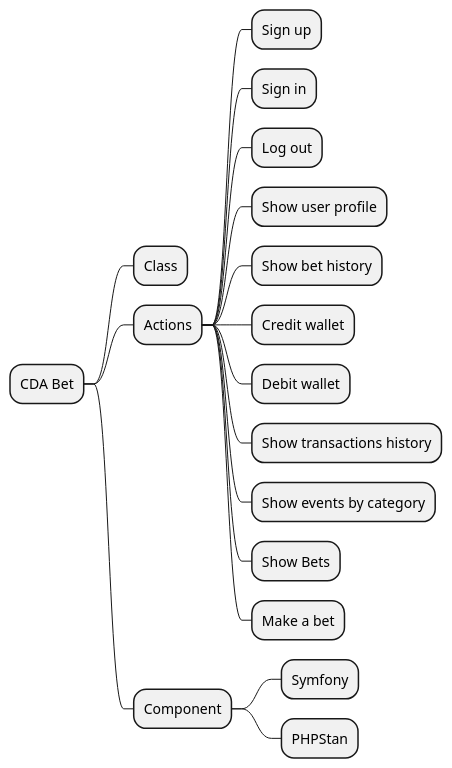
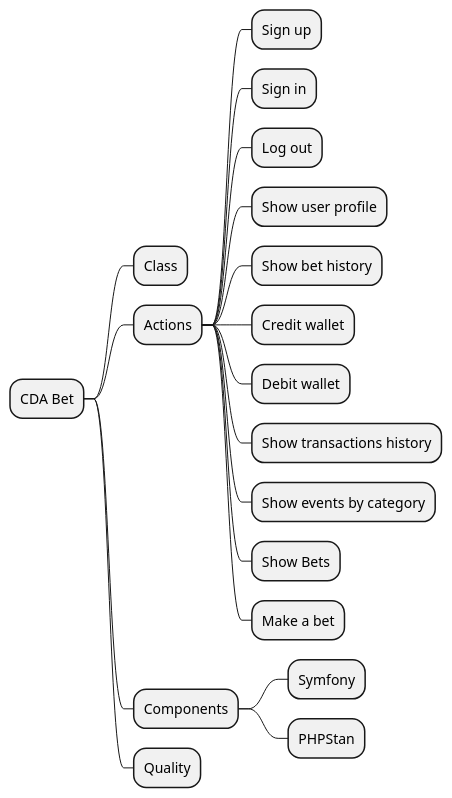
One commit to OFP-CDA-Mulhouse-2020/parisportif1 changed the third of 3 diagrams in docs/diagrams/src/CDA Bet.wsd. Above: the diagram before and after it, drawn with PlantUML. The commit also changed other lines of this file, not shown here.

Commit message:
Components diagram created

```diff
--- a/docs/diagrams/src/CDA Bet.wsd
+++ b/docs/diagrams/src/CDA Bet.wsd
@@ -155,19 +173,20 @@
 @startmindmap "CDA Bet Mind Map"
 * CDA Bet
 ** Class
 ** Actions
 *** Sign up
 *** Sign in
 *** Log out
 *** Show user profile
 *** Show bet history
 *** Credit wallet
 *** Debit wallet
 *** Show transactions history
 *** Show events by category
 *** Show Bets
 *** Make a bet
-** Component
+** Components
 *** Symfony
 *** PHPStan
+** Quality
 @endmindmap
```
